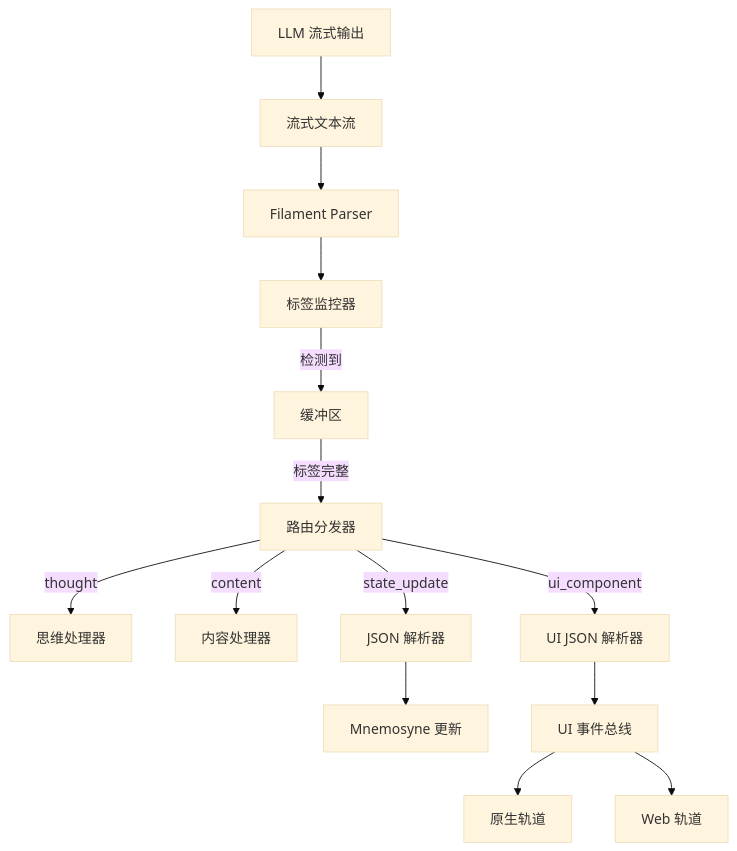
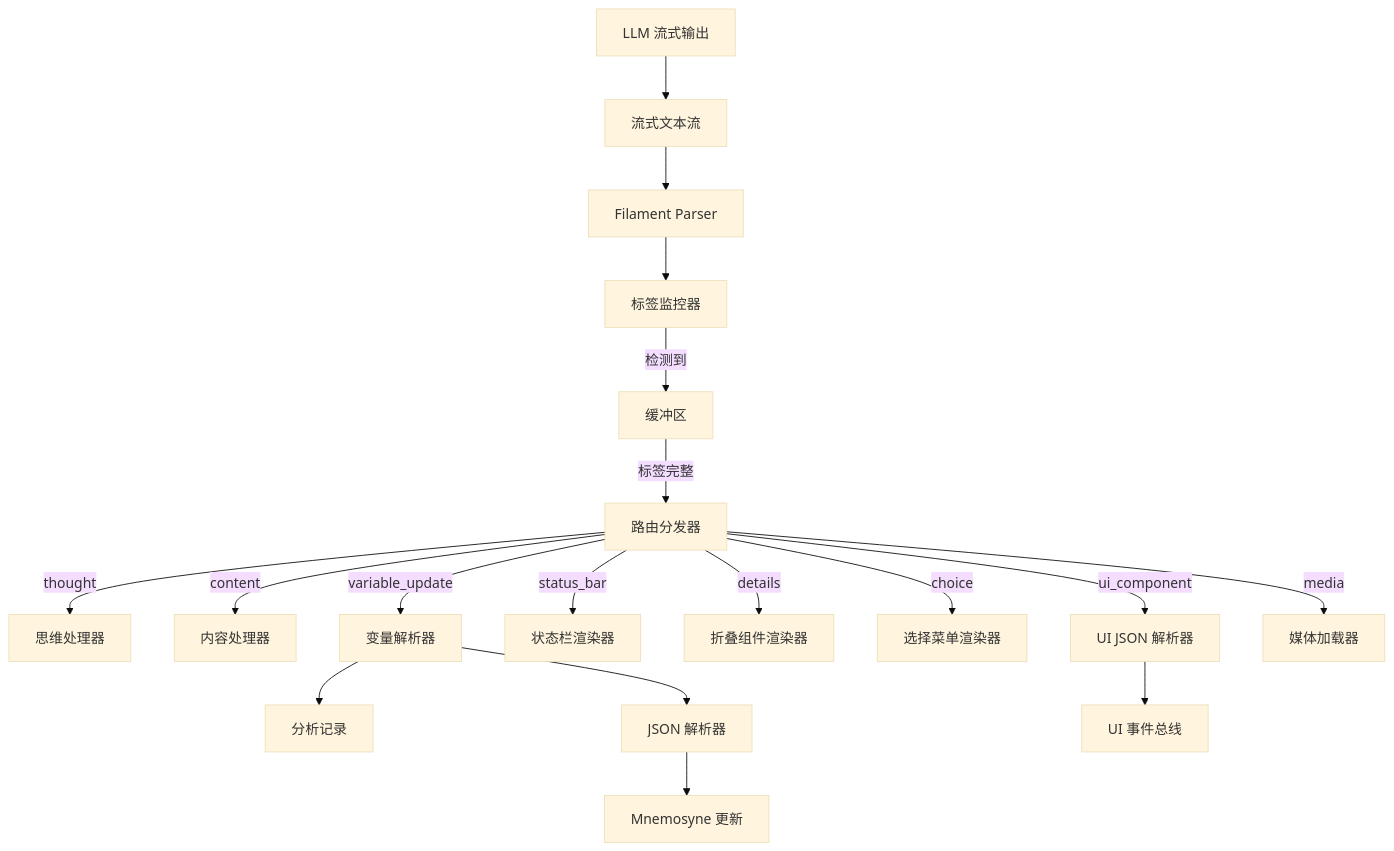
One commit to Abgetrennter/Clotho-Design changed the diagram in doc/architecture/09_filament_protocol.md. Above: the diagram before and after it, drawn with Mermaid (base theme). The commit also changed other lines of this file and 3 other files, not shown here.

First line of the commit message:
docs: add schema extraction logic and Filament v2.1 updates

````diff
--- a/doc/architecture/09_filament_protocol.md
+++ b/doc/architecture/09_filament_protocol.md
@@ -287,20 +304,27 @@
 ```mermaid
 graph TD
     LLM[LLM 流式输出] --> Stream[流式文本流]
     Stream --> Parser[Filament Parser]
     
     Parser --> Monitor[标签监控器]
     Monitor -->|检测到 <tag>| Buffer[缓冲区]
     
     Buffer -->|标签完整| Router[路由分发器]
     
     Router -- thought --> ThoughtHandler[思维处理器]
     Router -- content --> ContentHandler[内容处理器]
-    Router -- state_update --> StateParser[JSON 解析器]
+    
+    Router -- variable_update --> VariableParser[变量解析器]
+    VariableParser --> AnalysisHandler[分析记录]
+    VariableParser --> StateParser[JSON 解析器]
     StateParser --> Mnemosyne[Mnemosyne 更新]
+    
+    Router -- status_bar --> StatusBarRenderer[状态栏渲染器]
+    Router -- details --> DetailsRenderer[折叠组件渲染器]
+    Router -- choice --> ChoiceRenderer[选择菜单渲染器]
     
     Router -- ui_component --> UIJSONParser[UI JSON 解析器]
     UIJSONParser --> UIEventBus[UI 事件总线]
-    UIEventBus --> NativeRender[原生轨道]
-    UIEventBus --> WebRender[Web 轨道]
+    
+    Router -- media --> MediaLoader[媒体加载器]
 ```
````
